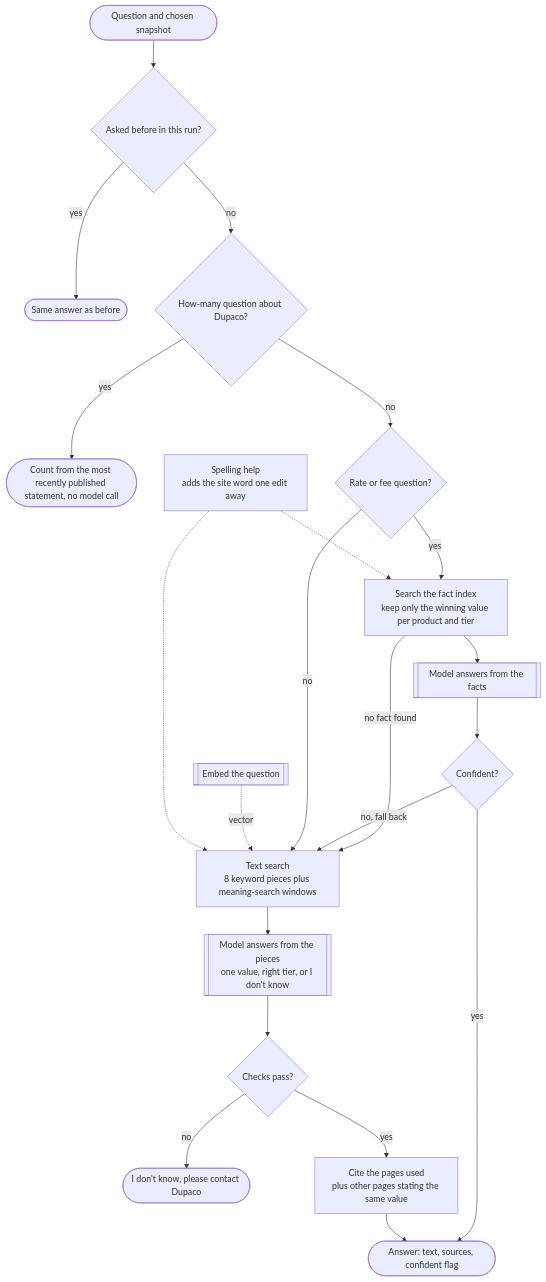
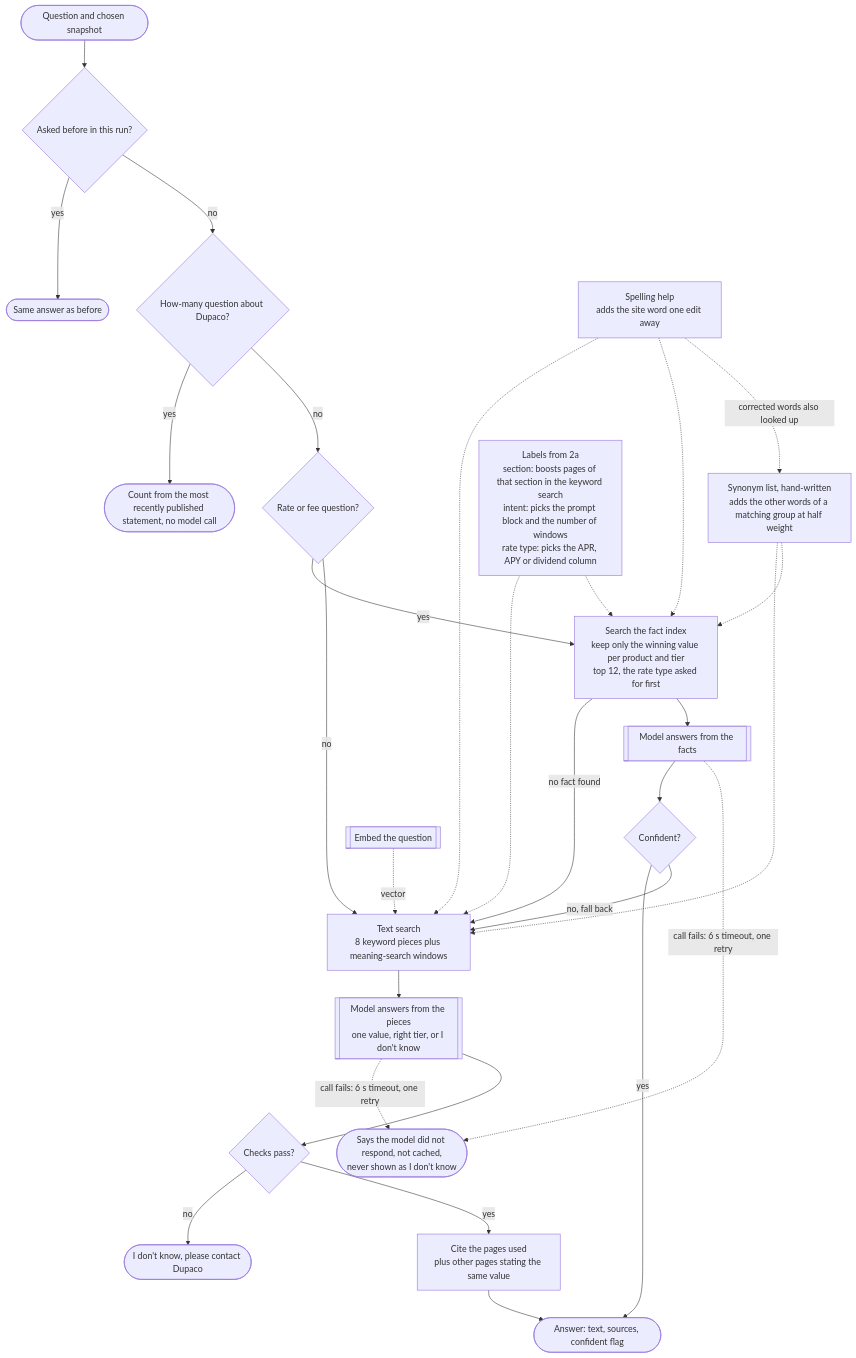
One commit to ajayp/interface-submission changed the third of 4 diagrams in workflow.md. Above: the diagram before and after it, drawn with Mermaid. The commit also changed other lines of this file and 1 other file, not shown here.

````diff
--- a/workflow.md
+++ b/workflow.md
@@ -73,25 +77,32 @@
 ```mermaid
 flowchart TD
     START([Question and chosen snapshot]) --> CACHE{Asked before in this run?}
     CACHE -- yes --> SAME([Same answer as before])
     CACHE -- no --> CNT{How-many question about Dupaco?}
     CNT -- yes --> CNTA([Count from the most recently published statement, no model call])
     CNT -- no --> VAL{Rate or fee question?}
 
-    VAL -- yes --> FH[Search the fact index<br/>keep only the winning value per product and tier]
+    VAL -- yes --> FH[Search the fact index<br/>keep only the winning value per product and tier<br/>top 12, the rate type asked for first]
     FH -- no fact found --> TXT
     FH --> FANS[[Model answers from the facts]]
     FANS --> FOK{Confident?}
     FOK -- yes --> OUT
     FOK -- no, fall back --> TXT
 
     VAL -- no --> TXT[Text search<br/>8 keyword pieces plus meaning-search windows]
     EMB[[Embed the question]] -.vector.-> TXT
     SP[Spelling help<br/>adds the site word one edit away] -.-> TXT
     SP -.-> FH
+    SYN[Synonym list, hand-written<br/>adds the other words of a matching group at half weight] -.-> TXT
+    SYN -.-> FH
+    LBL[Labels from 2a<br/>section: boosts pages of that section in the keyword search<br/>intent: picks the prompt block and the number of windows<br/>rate type: picks the APR, APY or dividend column] -.-> TXT
+    LBL -.-> FH
+    SP -.corrected words also looked up.-> SYN
     TXT --> TANS[[Model answers from the pieces<br/>one value, right tier, or I don't know]]
+    FANS -. call fails: 6 s timeout, one retry .-> ERR
+    TANS -. call fails: 6 s timeout, one retry .-> ERR([Says the model did not respond, not cached,<br/>never shown as I don't know])
     TANS --> CHECK{Checks pass?}
     CHECK -- no --> IDK2([I don't know, please contact Dupaco])
     CHECK -- yes --> CITE[Cite the pages used<br/>plus other pages stating the same value]
     CITE --> OUT([Answer: text, sources, confident flag])
 ```
````
